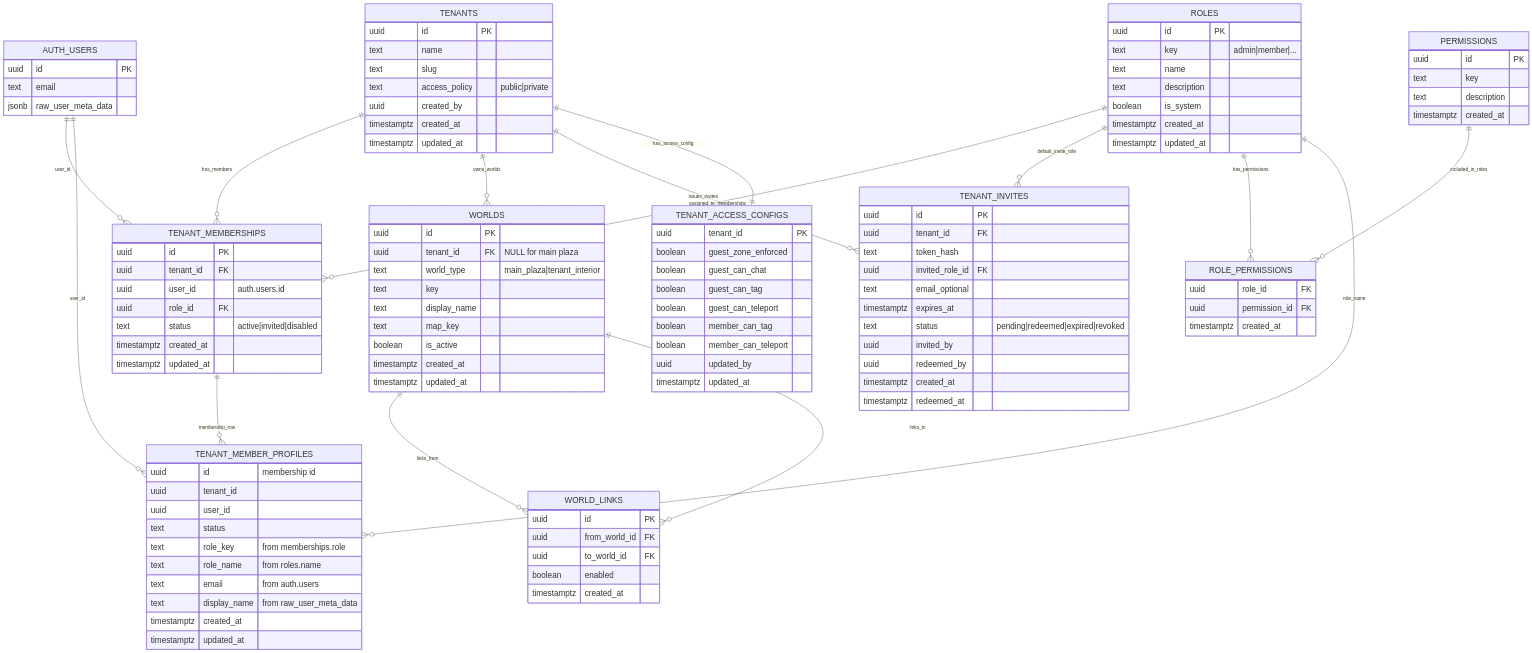
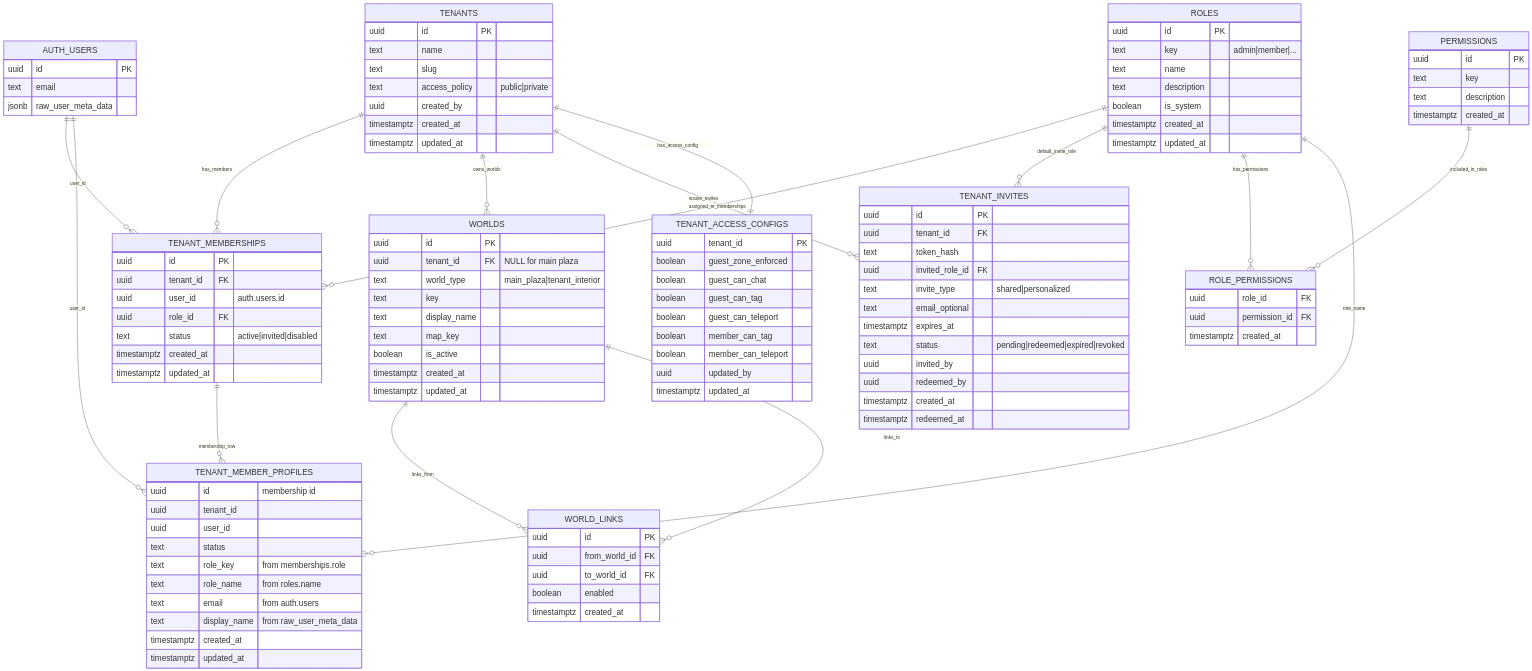
One commit to Catalystnick/Gather-poc changed the second of 8 diagrams in Specs/tenant-architecture-plan.md. Above: the diagram before and after it, drawn with Mermaid. The commit also changed other lines of this file and 20 other files, not shown here.

```diff
--- a/Specs/tenant-architecture-plan.md
+++ b/Specs/tenant-architecture-plan.md
@@ -253,6 +253,7 @@
     uuid tenant_id FK
     text token_hash
     uuid invited_role_id FK
+    text invite_type "shared|personalized"
     text email_optional
     timestamptz expires_at
     text status "pending|redeemed|expired|revoked"
```
